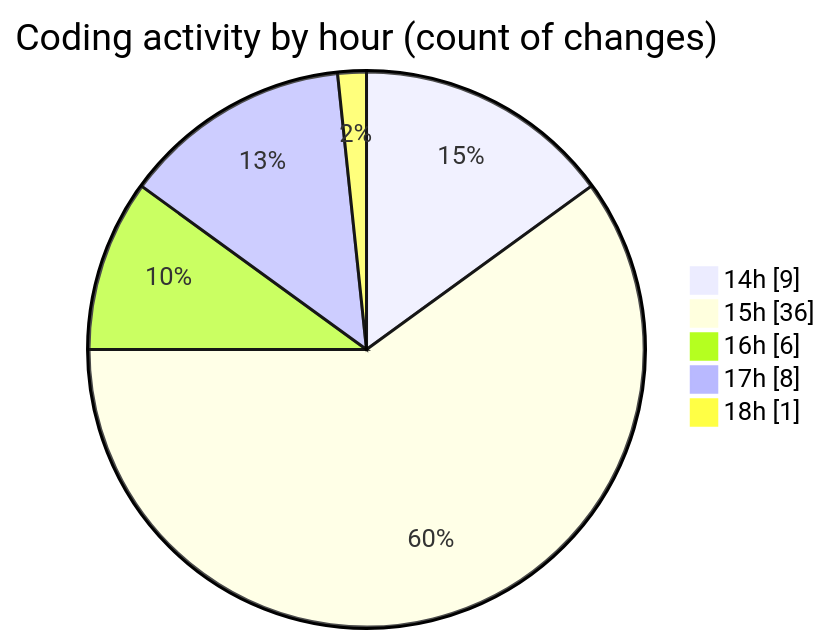
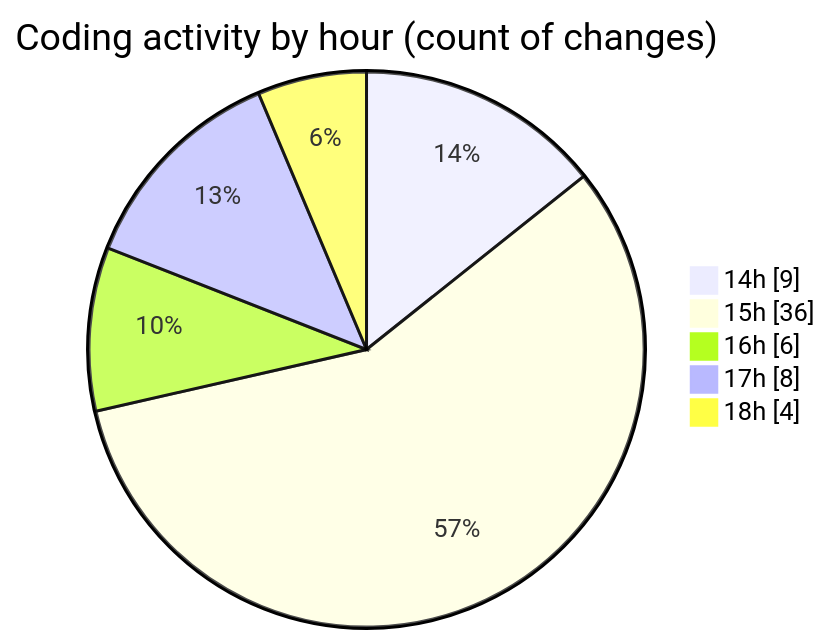
Before and after one commit to Ritupan-Deka/code-tracking: the second of 2 diagrams in 2025-06-17/projects/README.md, drawn with Mermaid. The commit also changed other lines of this file and 1 other file, not shown here.

````diff
--- a/2025-06-17/projects/README.md
+++ b/2025-06-17/projects/README.md
@@ -29,9 +29,9 @@
 ```mermaid
 pie showData
 title Coding activity by hour (count of changes)
 "14h" : 9
 "15h" : 36
 "16h" : 6
 "17h" : 8
-"18h" : 1
+"18h" : 4
 ```
````
